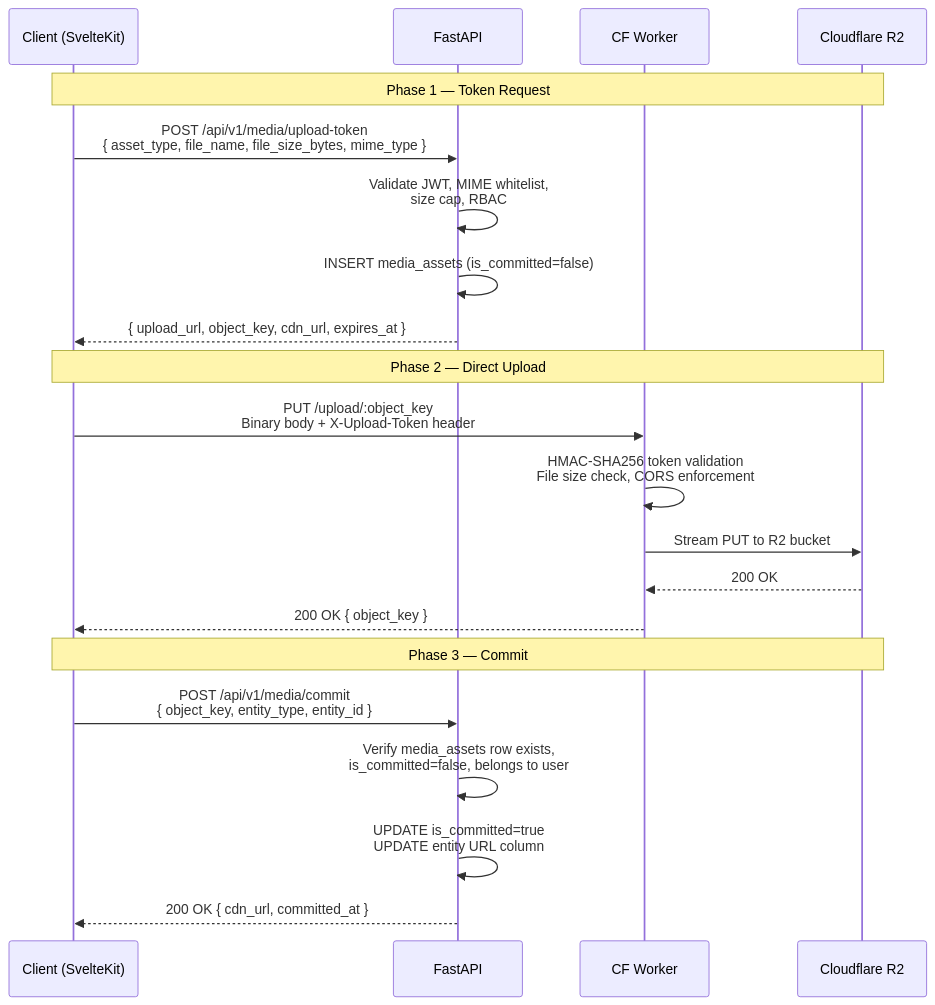
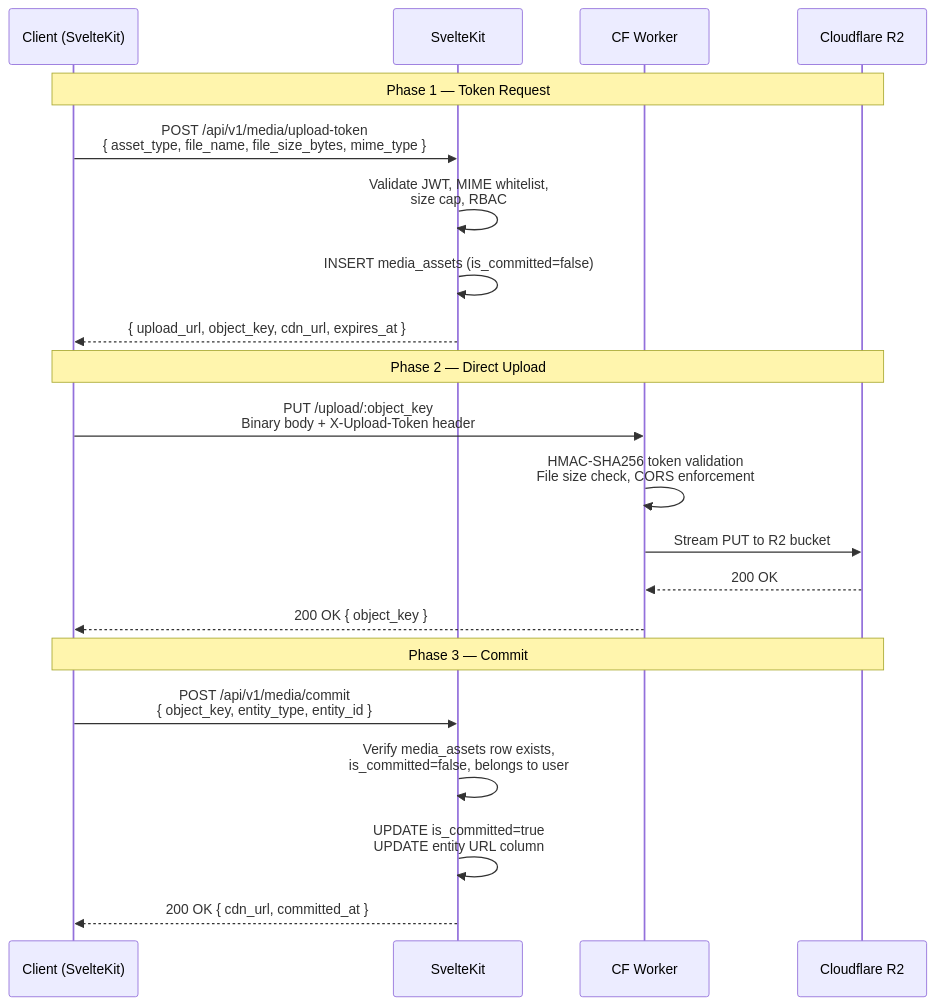
Before and after one commit to Adarshv0524/ext-util: the diagram in plan/section3_api_integration_strategy.md, drawn with Mermaid. The commit also changed other lines of this file and 16 other files, not shown here.

````diff
--- a/plan/section3_api_integration_strategy.md
+++ b/plan/section3_api_integration_strategy.md
@@ -11,26 +11,26 @@
 ```mermaid
 sequenceDiagram
     participant C as Client (SvelteKit)
-    participant F as FastAPI
+    participant F as SvelteKit
     participant W as CF Worker
     participant R as Cloudflare R2
 
     Note over C,R: Phase 1 — Token Request
     C->>F: POST /api/v1/media/upload-token<br/>{ asset_type, file_name, file_size_bytes, mime_type }
     F->>F: Validate JWT, MIME whitelist,<br/>size cap, RBAC
     F->>F: INSERT media_assets (is_committed=false)
     F-->>C: { upload_url, object_key, cdn_url, expires_at }
 
     Note over C,R: Phase 2 — Direct Upload
     C->>W: PUT /upload/:object_key<br/>Binary body + X-Upload-Token header
     W->>W: HMAC-SHA256 token validation<br/>File size check, CORS enforcement
     W->>R: Stream PUT to R2 bucket
     R-->>W: 200 OK
     W-->>C: 200 OK { object_key }
 
     Note over C,R: Phase 3 — Commit
     C->>F: POST /api/v1/media/commit<br/>{ object_key, entity_type, entity_id }
     F->>F: Verify media_assets row exists,<br/>is_committed=false, belongs to user
     F->>F: UPDATE is_committed=true<br/>UPDATE entity URL column
     F-->>C: 200 OK { cdn_url, committed_at }
 ```
````
